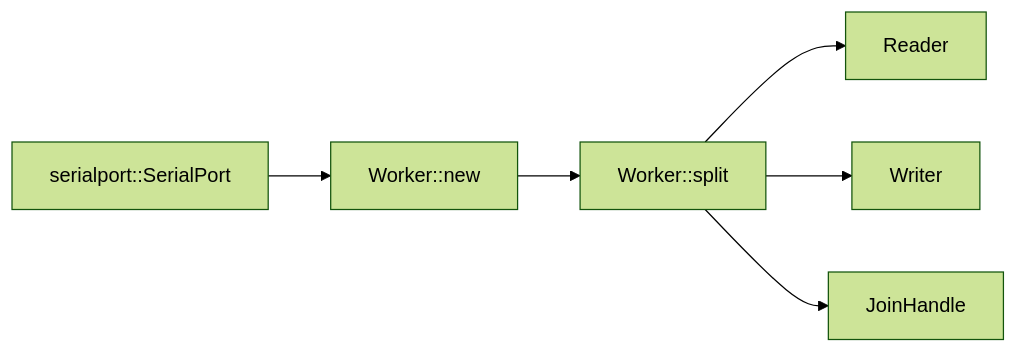
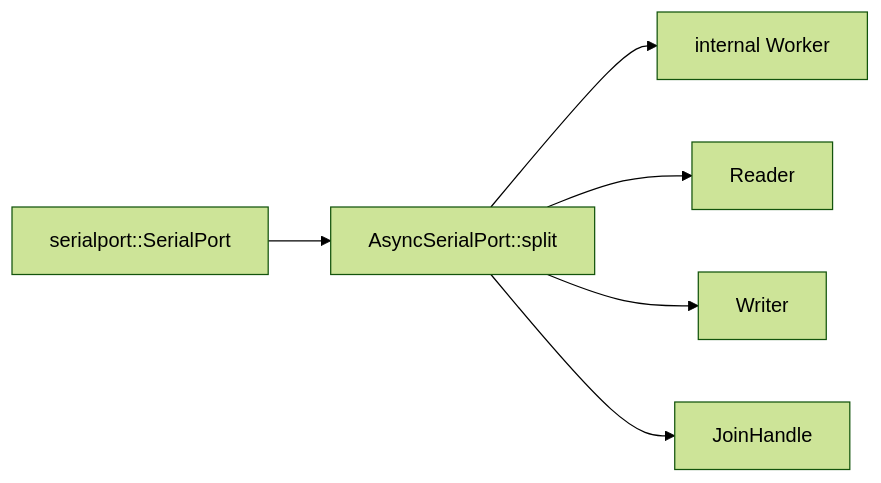
One commit to PaulmannLighting/async-serialport changed the first of 2 diagrams in ARCHITECTURE.md. Above: the diagram before and after it, drawn with Mermaid (forest theme). The commit also changed other lines of this file and 4 other files, not shown here.

````diff
--- a/ARCHITECTURE.md
+++ b/ARCHITECTURE.md
@@ -20,8 +22,8 @@
 ```mermaid
 flowchart LR
-    Port[serialport::SerialPort] --> New[Worker::new]
-    New --> Split[Worker::split]
+    Port[serialport::SerialPort] --> Split[AsyncSerialPort::split]
+    Split --> Worker[internal Worker]
     Split --> Reader[Reader]
     Split --> Writer[Writer]
     Split --> Handle[JoinHandle]
 ```
````
